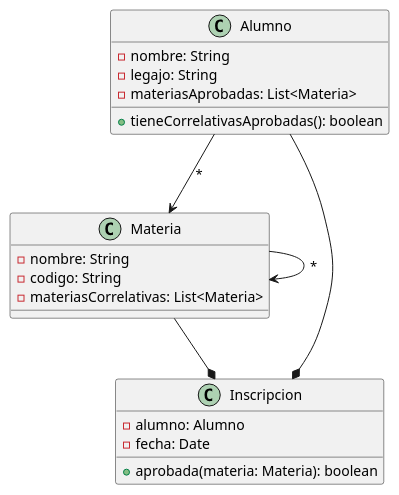
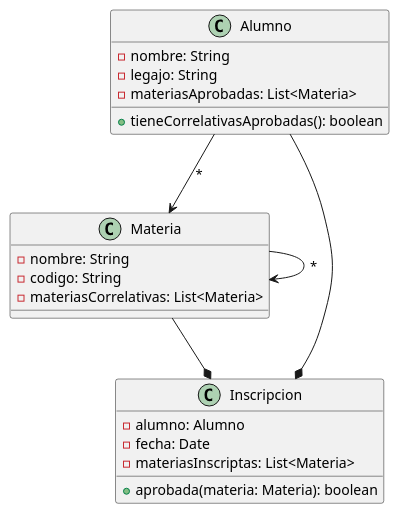
Before and after one commit to LeonelArianContreras/Correlativas: the diagram in src/DiagramaDeClases.puml, drawn with PlantUML.

Commit message:
Fix: un metodo del plantuml me habia olvidado

```diff
--- a/src/DiagramaDeClases.puml
+++ b/src/DiagramaDeClases.puml
@@ -1,28 +1,29 @@
 @startuml
 
 Class Alumno {
     -nombre: String
     -legajo: String
     -materiasAprobadas: List<Materia>
     +tieneCorrelativasAprobadas(): boolean
 }
 
 Class Materia {
     -nombre: String
     -codigo: String
     -materiasCorrelativas: List<Materia>
 }
 
 Class Inscripcion {
     -alumno: Alumno
     -fecha: Date
+    -materiasInscriptas: List<Materia>
     +aprobada(materia: Materia): boolean
 }
 
 Alumno --* Inscripcion
 Materia --* Inscripcion
 Materia --> Materia : "*"
 Alumno --> Materia: "*"
 
 
 @enduml
```
